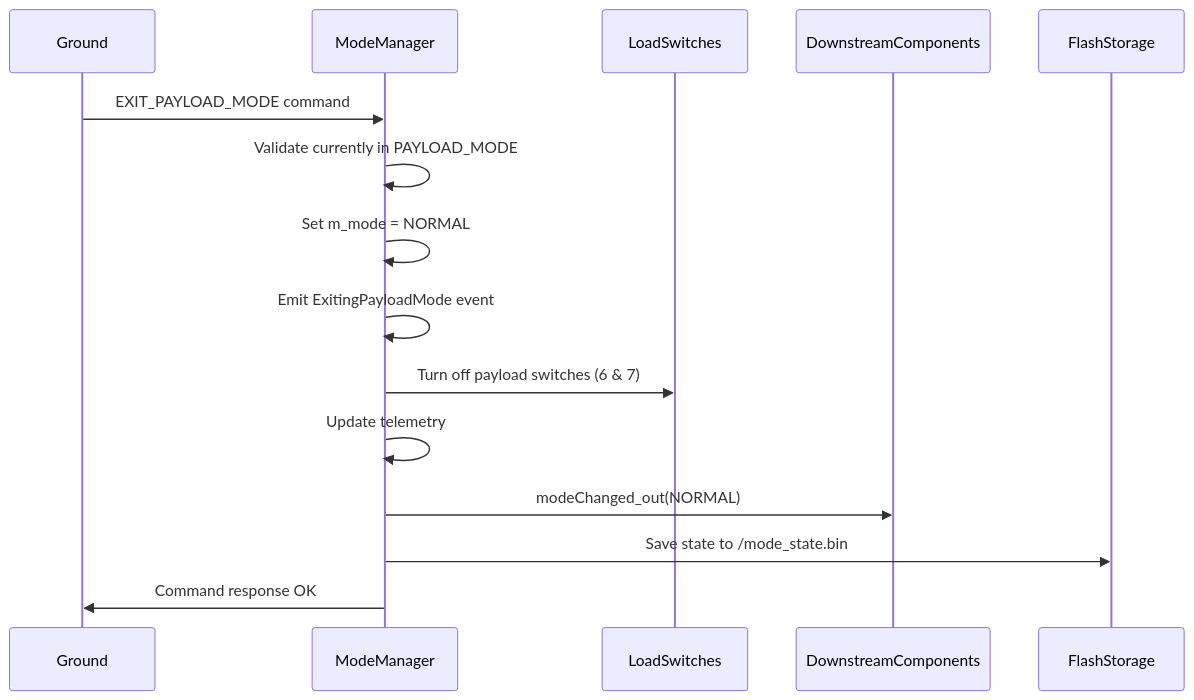
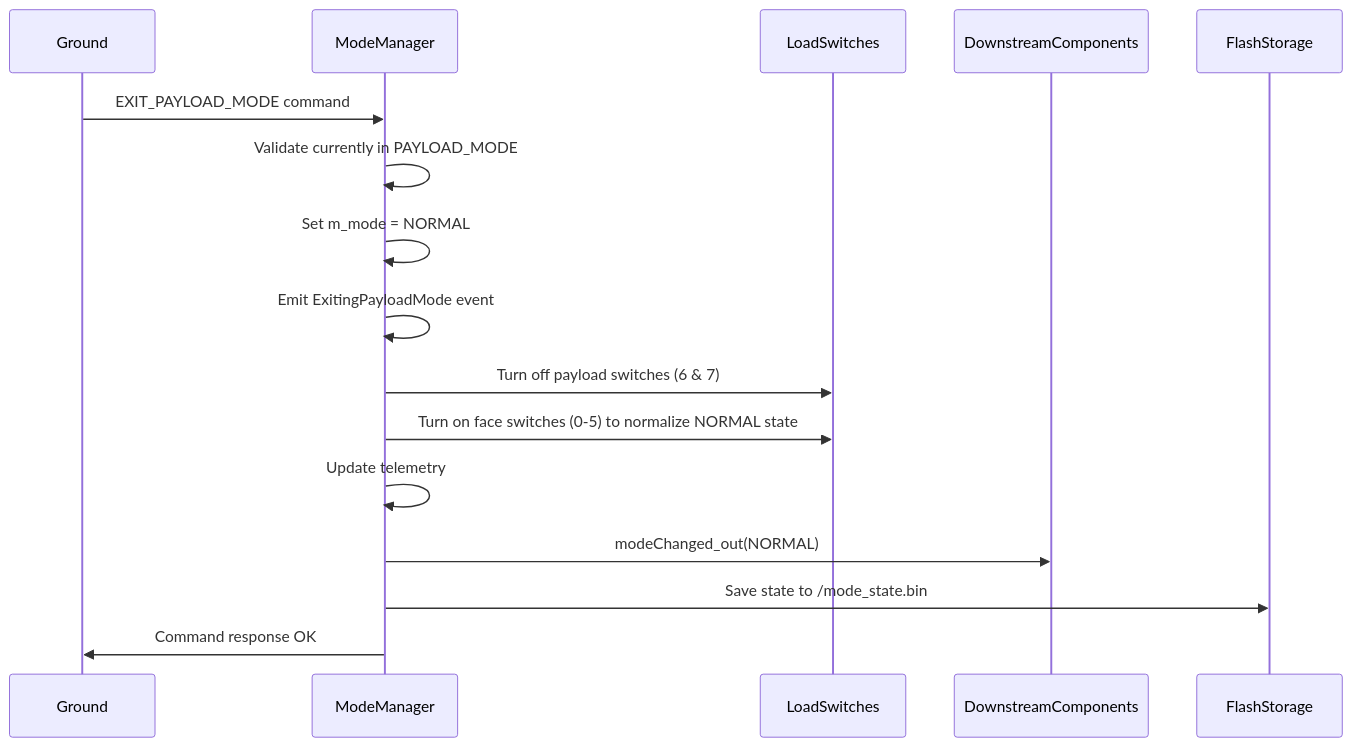
Before and after one commit to Open-Source-Space-Foundation/proves-core-reference: the sixth of 9 diagrams in FprimeZephyrReference/Components/ModeManager/docs/sdd.md, drawn with Mermaid. The commit also changed other lines of this file and 4 other files, not shown here.

Commit message:
add normal <-> payload mode auto change

````diff
--- a/FprimeZephyrReference/Components/ModeManager/docs/sdd.md
+++ b/FprimeZephyrReference/Components/ModeManager/docs/sdd.md
@@ -262,18 +279,19 @@
 ```mermaid
 sequenceDiagram
     participant Ground
     participant ModeManager
     participant LoadSwitches
     participant DownstreamComponents
     participant FlashStorage
 
     Ground->>ModeManager: EXIT_PAYLOAD_MODE command
     ModeManager->>ModeManager: Validate currently in PAYLOAD_MODE
     ModeManager->>ModeManager: Set m_mode = NORMAL
     ModeManager->>ModeManager: Emit ExitingPayloadMode event
     ModeManager->>LoadSwitches: Turn off payload switches (6 & 7)
+    ModeManager->>LoadSwitches: Turn on face switches (0-5) to normalize NORMAL state
     ModeManager->>ModeManager: Update telemetry
     ModeManager->>DownstreamComponents: modeChanged_out(NORMAL)
     ModeManager->>FlashStorage: Save state to /mode_state.bin
     ModeManager->>Ground: Command response OK
 ```
````
